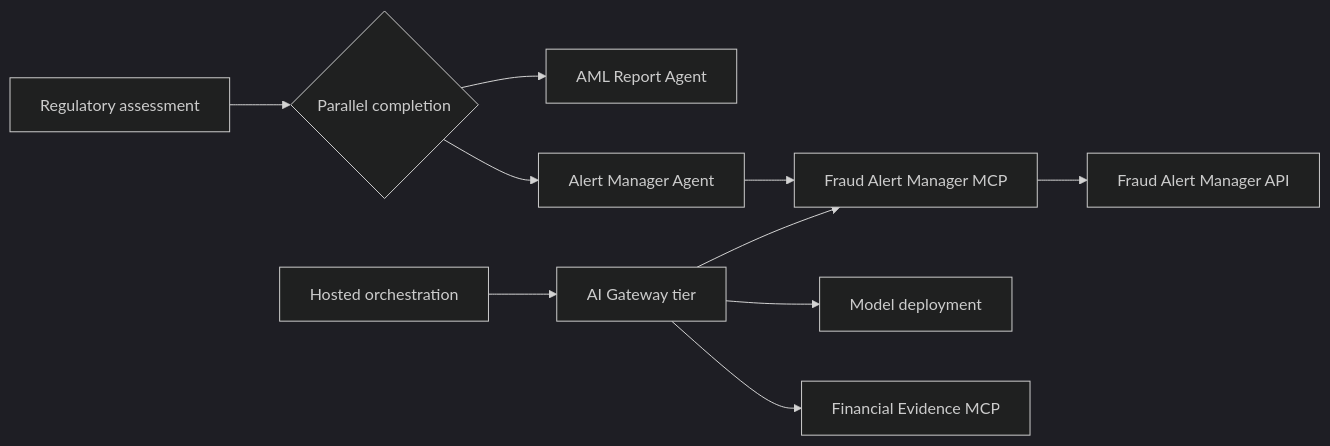
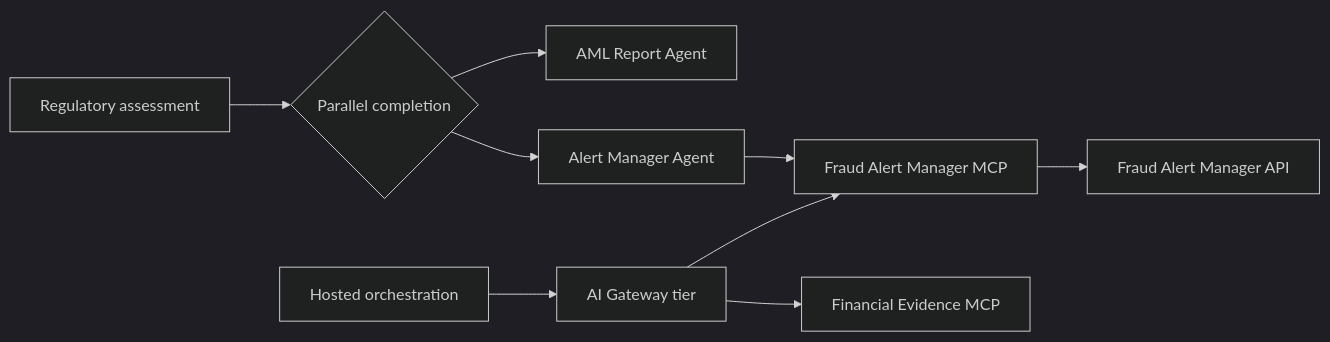
One commit to microsoft/MicroHack changed the diagram in 03-Azure/01-04-AI/07_Fraud_Intelligence/challenges/challenge-05.md. Above: the diagram before and after it, drawn with Mermaid (dark theme). The commit also changed other lines of this file and 2 other files, not shown here.

Commit message:
Refine AI Gateway documentation and update model access instructions

````diff
--- a/03-Azure/01-04-AI/07_Fraud_Intelligence/challenges/challenge-05.md
+++ b/03-Azure/01-04-AI/07_Fraud_Intelligence/challenges/challenge-05.md
@@ -13,13 +13,12 @@
 ```mermaid
 flowchart LR
 	ASSESS[Regulatory assessment] --> FORK{Parallel completion}
 	FORK --> REPORT[AML Report Agent]
 	FORK --> ALERT[Alert Manager Agent]
 	ALERT --> AMCP[Fraud Alert Manager MCP]
 	AMCP --> API[Fraud Alert Manager API]
 
 	ORCH[Hosted orchestration] --> GATEWAY[AI Gateway tier]
-	GATEWAY --> MODEL[Model deployment]
 	GATEWAY --> FMCP[Financial Evidence MCP]
 	GATEWAY --> AMCP
 ```
````
